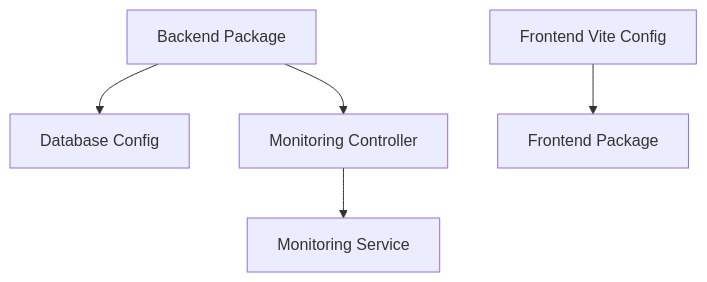
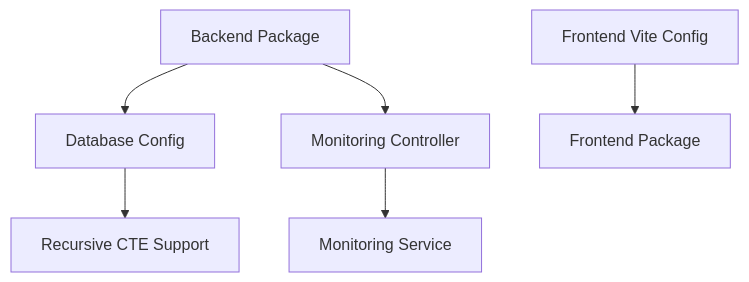
Diagram 11 of 11 in .qoder/repowiki/en/content/Troubleshooting & FAQ/Performance Optimization & Troubleshooting/Performance Optimization & Troubleshooting.md (franckylab/eLISAschool), drawn with Mermaid before and after one commit. The commit also changed other lines of this file and 134 other files, not shown here.

````diff
--- a/.qoder/repowiki/en/content/Troubleshooting & FAQ/Performance Optimization & Troubleshooting/Performance Optimization & Troubleshooting.md
+++ b/.qoder/repowiki/en/content/Troubleshooting & FAQ/Performance Optimization & Troubleshooting/Performance Optimization & Troubleshooting.md
@@ -404,7 +461,8 @@
 ```mermaid
 graph TB
 BEPkg["Backend Package"] --> DBConf["Database Config"]
 BEPkg --> MonCtrl["Monitoring Controller"]
 MonCtrl --> MonSvc["Monitoring Service"]
 FEConf["Frontend Vite Config"] --> FEPkg["Frontend Package"]
+DBConf --> RecCTE["Recursive CTE Support"]
 ```
````
